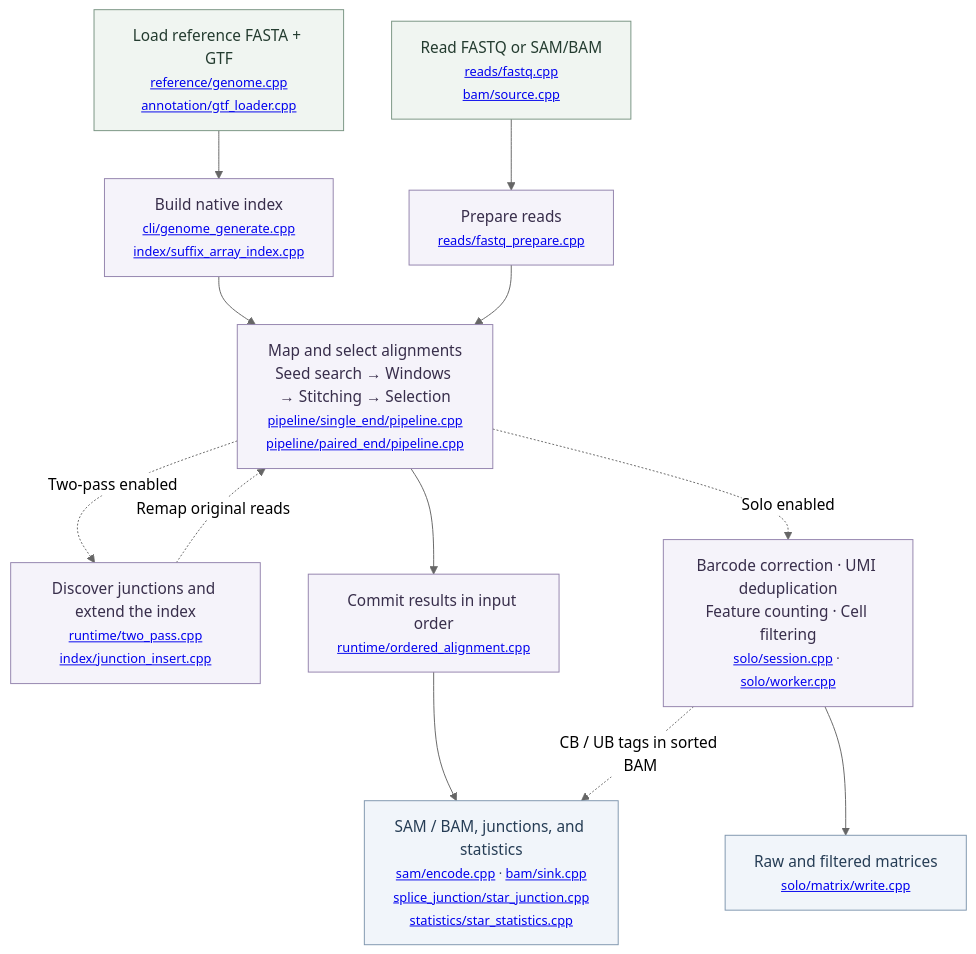
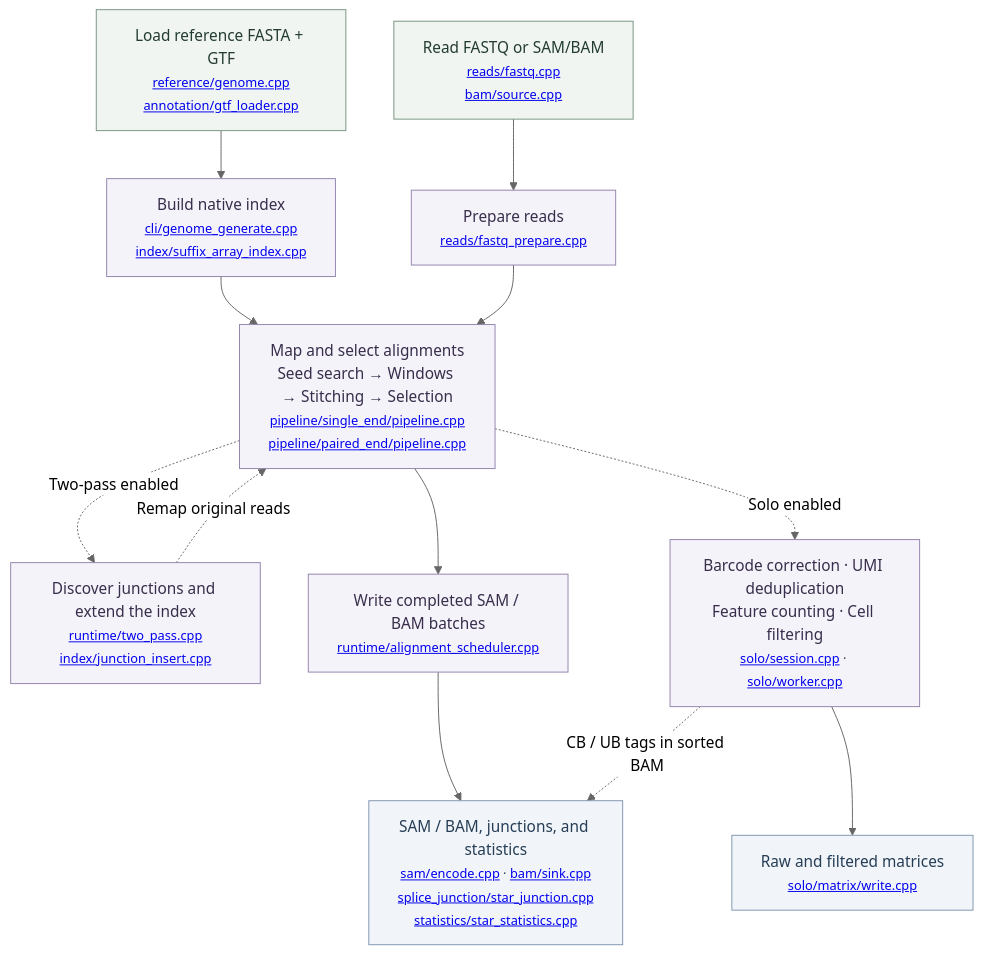
Before and after one commit to BioCode-Commons/NuSTAR: the diagram in readme.md, drawn with Mermaid (neutral theme). The commit also changed other lines of this file and 27 other files, not shown here.

````diff
--- a/readme.md
+++ b/readme.md
@@ -415,23 +415,23 @@
 ```mermaid
 flowchart TB
     REF["Load reference FASTA + GTF<br/><small><a href='https://github.com/BioCode-Commons/NuSTAR/blob/documentation/reference/genome.cpp' target='_blank'>reference/genome.cpp</a><br/><a href='https://github.com/BioCode-Commons/NuSTAR/blob/documentation/annotation/gtf_loader.cpp' target='_blank'>annotation/gtf_loader.cpp</a></small>"] --> INDEX["Build native index<br/><small><a href='https://github.com/BioCode-Commons/NuSTAR/blob/documentation/cli/genome_generate.cpp' target='_blank'>cli/genome_generate.cpp</a><br/><a href='https://github.com/BioCode-Commons/NuSTAR/blob/documentation/index/suffix_array_index.cpp' target='_blank'>index/suffix_array_index.cpp</a></small>"]
     READS["Read FASTQ or SAM/BAM<br/><small><a href='https://github.com/BioCode-Commons/NuSTAR/blob/documentation/reads/fastq.cpp' target='_blank'>reads/fastq.cpp</a><br/><a href='https://github.com/BioCode-Commons/NuSTAR/blob/documentation/bam/source.cpp' target='_blank'>bam/source.cpp</a></small>"] --> PREP["Prepare reads<br/><small><a href='https://github.com/BioCode-Commons/NuSTAR/blob/documentation/reads/fastq_prepare.cpp' target='_blank'>reads/fastq_prepare.cpp</a></small>"]
     INDEX --> MAP
     PREP --> MAP
     MAP["Map and select alignments<br/>Seed search → Windows → Stitching → Selection<br/><small><a href='https://github.com/BioCode-Commons/NuSTAR/blob/documentation/pipeline/single_end/pipeline.cpp' target='_blank'>pipeline/single_end/pipeline.cpp</a><br/><a href='https://github.com/BioCode-Commons/NuSTAR/blob/documentation/pipeline/paired_end/pipeline.cpp' target='_blank'>pipeline/paired_end/pipeline.cpp</a></small>"]
     MAP -. "Two-pass enabled" .-> EXTEND["Discover junctions and extend the index<br/><small><a href='https://github.com/BioCode-Commons/NuSTAR/blob/documentation/runtime/two_pass.cpp' target='_blank'>runtime/two_pass.cpp</a><br/><a href='https://github.com/BioCode-Commons/NuSTAR/blob/documentation/index/junction_insert.cpp' target='_blank'>index/junction_insert.cpp</a></small>"]
     EXTEND -. "Remap original reads" .-> MAP
-    MAP --> ORDER["Commit results in input order<br/><small><a href='https://github.com/BioCode-Commons/NuSTAR/blob/documentation/runtime/ordered_alignment.cpp' target='_blank'>runtime/ordered_alignment.cpp</a></small>"]
+    MAP --> ORDER["Write completed SAM / BAM batches<br/><small><a href='https://github.com/BioCode-Commons/NuSTAR/blob/documentation/runtime/alignment_scheduler.cpp' target='_blank'>runtime/alignment_scheduler.cpp</a></small>"]
     ORDER --> OUT["SAM / BAM, junctions, and statistics<br/><small><a href='https://github.com/BioCode-Commons/NuSTAR/blob/documentation/sam/encode.cpp' target='_blank'>sam/encode.cpp</a> · <a href='https://github.com/BioCode-Commons/NuSTAR/blob/documentation/bam/sink.cpp' target='_blank'>bam/sink.cpp</a><br/><a href='https://github.com/BioCode-Commons/NuSTAR/blob/documentation/splice_junction/star_junction.cpp' target='_blank'>splice_junction/star_junction.cpp</a><br/><a href='https://github.com/BioCode-Commons/NuSTAR/blob/documentation/statistics/star_statistics.cpp' target='_blank'>statistics/star_statistics.cpp</a></small>"]
     MAP -. "Solo enabled" .-> SOLO["Barcode correction · UMI deduplication<br/>Feature counting · Cell filtering<br/><small><a href='https://github.com/BioCode-Commons/NuSTAR/blob/documentation/solo/session.cpp' target='_blank'>solo/session.cpp</a> · <a href='https://github.com/BioCode-Commons/NuSTAR/blob/documentation/solo/worker.cpp' target='_blank'>solo/worker.cpp</a></small>"]
     SOLO --> MATRIX["Raw and filtered matrices<br/><small><a href='https://github.com/BioCode-Commons/NuSTAR/blob/documentation/solo/matrix/write.cpp' target='_blank'>solo/matrix/write.cpp</a></small>"]
     SOLO -. "CB / UB tags in sorted BAM" .-> OUT
 
 
     classDef input fill:#f0f5f1,stroke:#789482,color:#243c30
     classDef stage fill:#f5f3fa,stroke:#9383ad,color:#382e4b
     classDef output fill:#f1f5fa,stroke:#7f96ae,color:#263d55
     class REF,READS input
     class INDEX,PREP,MAP,EXTEND,ORDER,SOLO stage
     class OUT,MATRIX output
 ```
````
